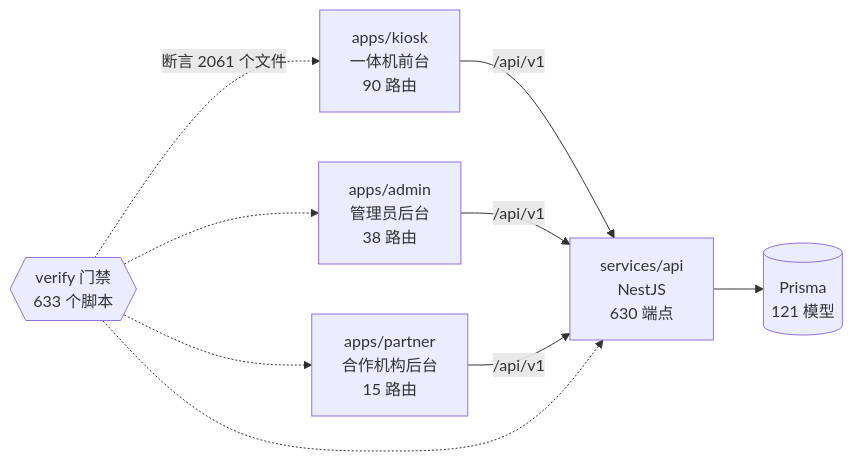
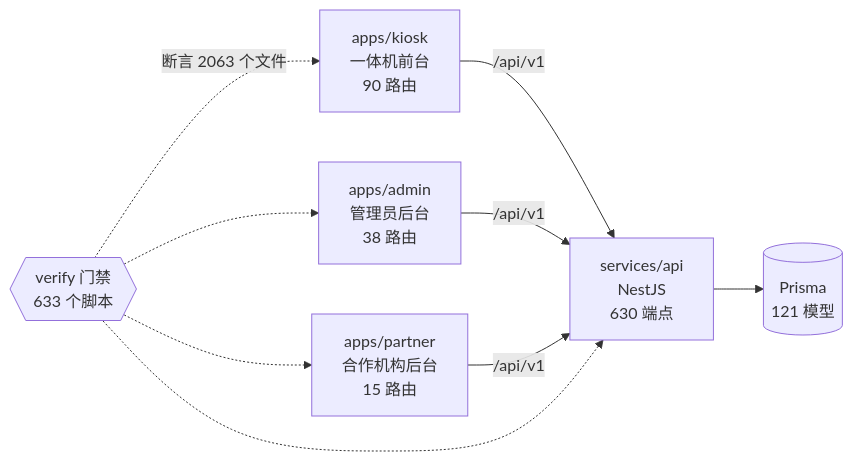
One commit to wanglei581/YITIJI changed the diagram in docs/graph/README.md. Above: the diagram before and after it, drawn with Mermaid. The commit also changed other lines of this file and 2 other files, not shown here.

Commit message:
进度：11/08 包 2 第四步 B8 ② 只写公司的经历保留（含版式调整一处）；图谱重生

````diff
--- a/docs/graph/README.md
+++ b/docs/graph/README.md
@@ -68,18 +68,18 @@
 ```mermaid
 flowchart LR
   kiosk["apps/kiosk<br/>一体机前台<br/>90 路由"]
   admin["apps/admin<br/>管理员后台<br/>38 路由"]
   partner["apps/partner<br/>合作机构后台<br/>15 路由"]
   api["services/api<br/>NestJS<br/>630 端点"]
   db[("Prisma<br/>121 模型")]
   gates{{"verify 门禁<br/>633 个脚本"}}
 
   kiosk -->|"/api/v1"| api
   admin -->|"/api/v1"| api
   partner -->|"/api/v1"| api
   api --> db
-  gates -.->|"断言 2061 个文件"| kiosk
+  gates -.->|"断言 2063 个文件"| kiosk
   gates -.-> admin
   gates -.-> partner
   gates -.-> api
 ```
````
